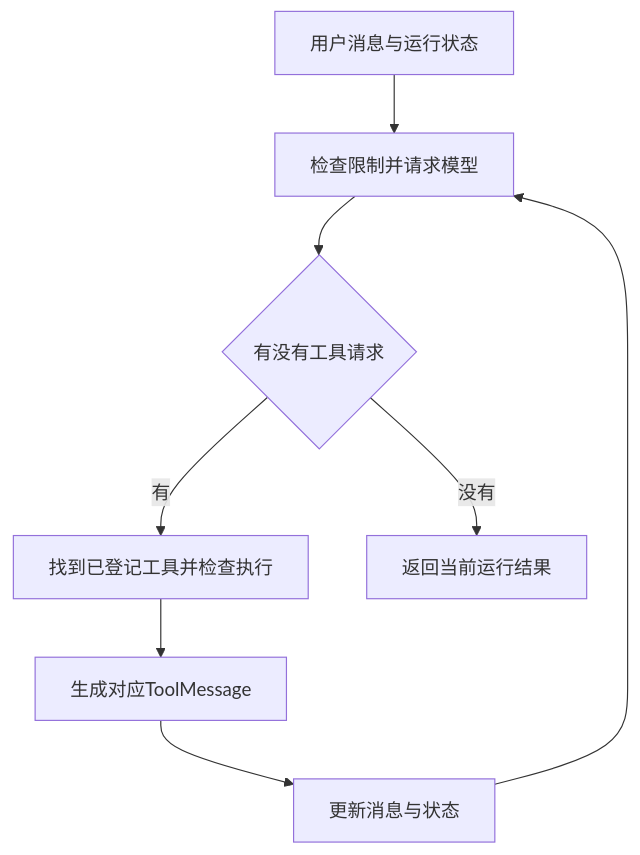
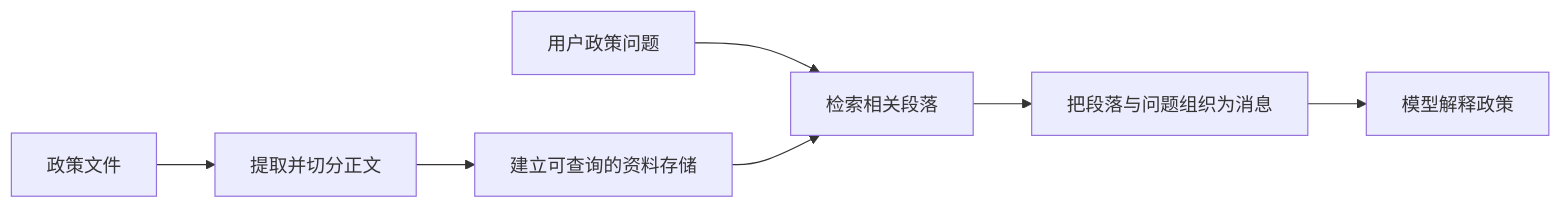
The second of 2 diagrams in 19-LangChain入门它到底帮我们封装了什么.md (benx92/ai-learning-notes), drawn with Mermaid before and after one commit. The commit also changed other lines of this file and 41 other files, not shown here.

````diff
--- a/19-LangChain入门它到底帮我们封装了什么.md
+++ b/19-LangChain入门它到底帮我们封装了什么.md
@@ -298,10 +333,9 @@
 ```mermaid
-flowchart TD
-    I[用户消息与运行状态] --> L[检查限制并请求模型]
-    L --> Q{有没有工具请求}
-    Q -->|有| T[找到已登记工具并检查执行]
-    T --> R[生成对应ToolMessage]
-    R --> S[更新消息与状态]
-    S --> L
-    Q -->|没有| O[返回当前运行结果]
+flowchart LR
+    F[政策文件] --> D[提取并切分正文]
+    D --> S[建立可查询的资料存储]
+    Q[用户政策问题] --> R[检索相关段落]
+    S --> R
+    R --> P[把段落与问题组织为消息]
+    P --> M[模型解释政策]
 ```
````
